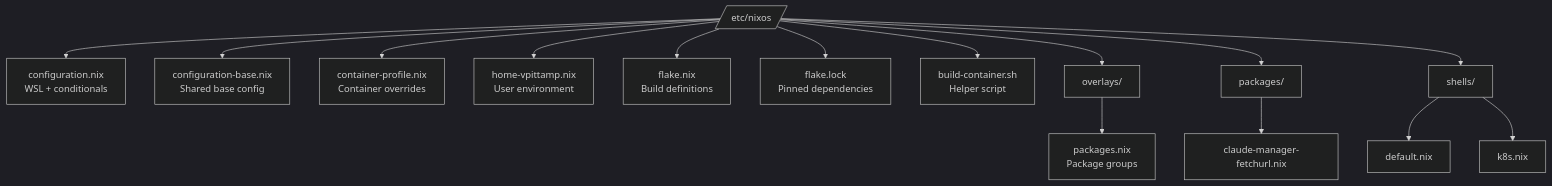
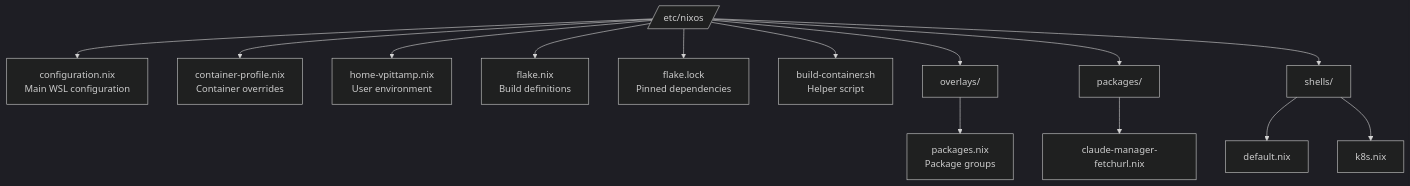
The fifth of 10 diagrams in ARCHITECTURE.md (vpittamp/nixos-config), drawn with Mermaid (dark theme) before and after one commit. The commit also changed other lines of this file and 21 other files, not shown here.

First line of the commit message:
Refactor: Modularize NixOS configuration

````diff
--- a/ARCHITECTURE.md
+++ b/ARCHITECTURE.md
@@ -150,22 +148,21 @@
 ```mermaid
 graph TD
     ROOT[/etc/nixos/]
     
-    ROOT --> CONFIG[configuration.nix<br/>WSL + conditionals]
-    ROOT --> BASE[configuration-base.nix<br/>Shared base config]
+    ROOT --> CONFIG[configuration.nix<br/>Main WSL configuration]
     ROOT --> CONTAINER[container-profile.nix<br/>Container overrides]
     ROOT --> HOME[home-vpittamp.nix<br/>User environment]
     ROOT --> FLAKE[flake.nix<br/>Build definitions]
     ROOT --> LOCK[flake.lock<br/>Pinned dependencies]
     ROOT --> BUILD[build-container.sh<br/>Helper script]
     
     ROOT --> OVERLAYS[overlays/]
     OVERLAYS --> PKG_OVERLAY[packages.nix<br/>Package groups]
     
     ROOT --> PACKAGES[packages/]
     PACKAGES --> CLAUDE[claude-manager-fetchurl.nix]
     
     ROOT --> SHELLS[shells/]
     SHELLS --> DEFAULT_SH[default.nix]
     SHELLS --> K8S_SH[k8s.nix]
 ```
````
